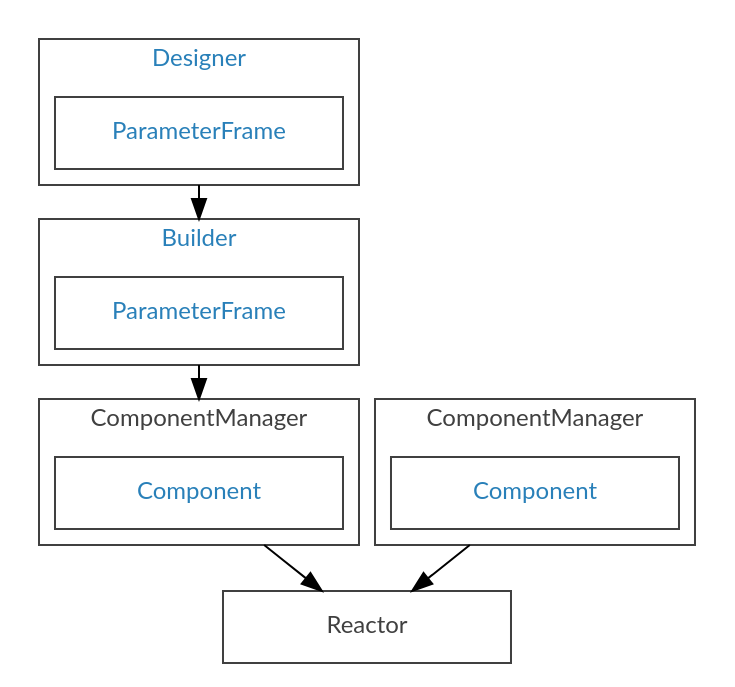
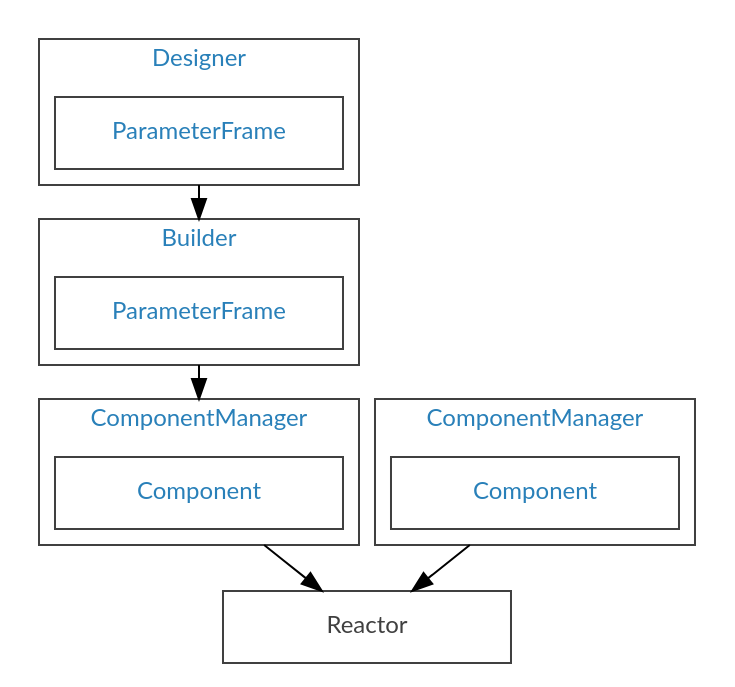
One commit to Fusion-Power-Plant-Framework/bluemira changed the diagram in documentation/source/base/design_build.dot. Above: the diagram before and after it, drawn with Graphviz. The commit also changed 1 other file, not shown here.

```diff
--- a/documentation/source/base/design_build.dot
+++ b/documentation/source/base/design_build.dot
@@ -1,87 +1,92 @@
 // Useful info
 // This graph is designed to be output as an interactive svg
 // fontname, fontcolor and pencolor were copied from the rtd sphinx theme
-// the 'ee' node is used to force alignment, it is set to be invisible
 // target can be modified as per w3 http specs
 
 digraph {
     compound=true;
     node [
         shape = box,
         width = 2,
         fontname="Lato,proxima-nova,Helvetica Neue,Arial,sans-serif",
         fontsize="12px",
         fontcolor="#404040",
         color="#404040"
     ]
     graph [
         splines = false,
         ranksep = 0.2,
         fontname="Lato,proxima-nova,Helvetica Neue,Arial,sans-serif",
         fontsize="12px",
         fontcolor="#404040",
         pencolor="#404040"
     ]
 
     subgraph cluster_0 {
         label="Designer";
         tooltip="Designer";
-        href="../base/design_build.html"
+        href="../base/design_build.html#designers"
         target="_parent"
         fontcolor="#2980b9"
         a[
             group=g1,
             label="ParameterFrame",
             tooltip="ParameterFrame",
-            href="../base/parameter.html",
+            href="../base/parameter.html#parameterframes",
             target="_parent",
             fontcolor="#2980b9"
         ];
     }
 
     subgraph cluster_1 {
         label="Builder";
         tooltip="Builder";
-        href="../base/design_build.html"
+        href="../base/design_build.html#builders"
         target="_parent"
         fontcolor="#2980b9"
         d[
             group=g1,
             label="ParameterFrame",
             tooltip="ParameterFrame",
-            href="../base/parameter.html",
+            href="../base/parameter.html#parameterframes",
             target="_parent",
             fontcolor="#2980b9"
         ];
     }
     subgraph cluster_2 {
         label="ComponentManager";
         tooltip="ComponentManager"
+        href="../base/components.html#componentmanagers"
+        target="_parent"
+        fontcolor="#2980b9"
         e[
             label="Component",
             tooltip="Component",
-            href="../base/components.html",
+            href="../base/components.html#components",
             target="_parent",
             fontcolor="#2980b9"
         ]
 
     }
     subgraph cluster_3 {
         label="ComponentManager";
         tooltip="ComponentManager"
+        href="../base/components.html#componentmanagers"
+        target="_parent"
+        fontcolor="#2980b9"
         f[
             label="Component",
             tooltip="Component",
-            href="../base/components.html",
+            href="../base/components.html#components",
             target="_parent",
             fontcolor="#2980b9"
         ]
 
     }
     a -> d [group=g1, ltail=cluster_0, lhead=cluster_1, minlen=2];
     d -> e [ltail=cluster_1, lhead=cluster_2, minlen=2];
     e -> reac [ltail=cluster_2, minlen=2];
     f -> reac [ltail=cluster_3, minlen=2];
 
     reac[label="Reactor", tooltip="Reactor"]
 }
```
